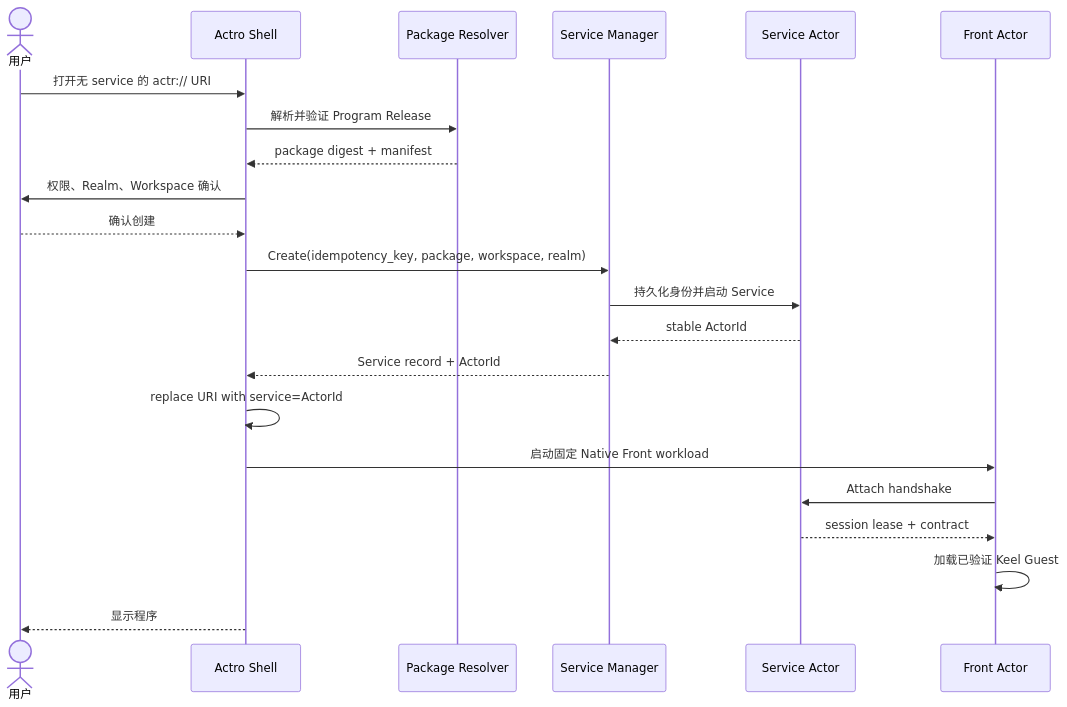
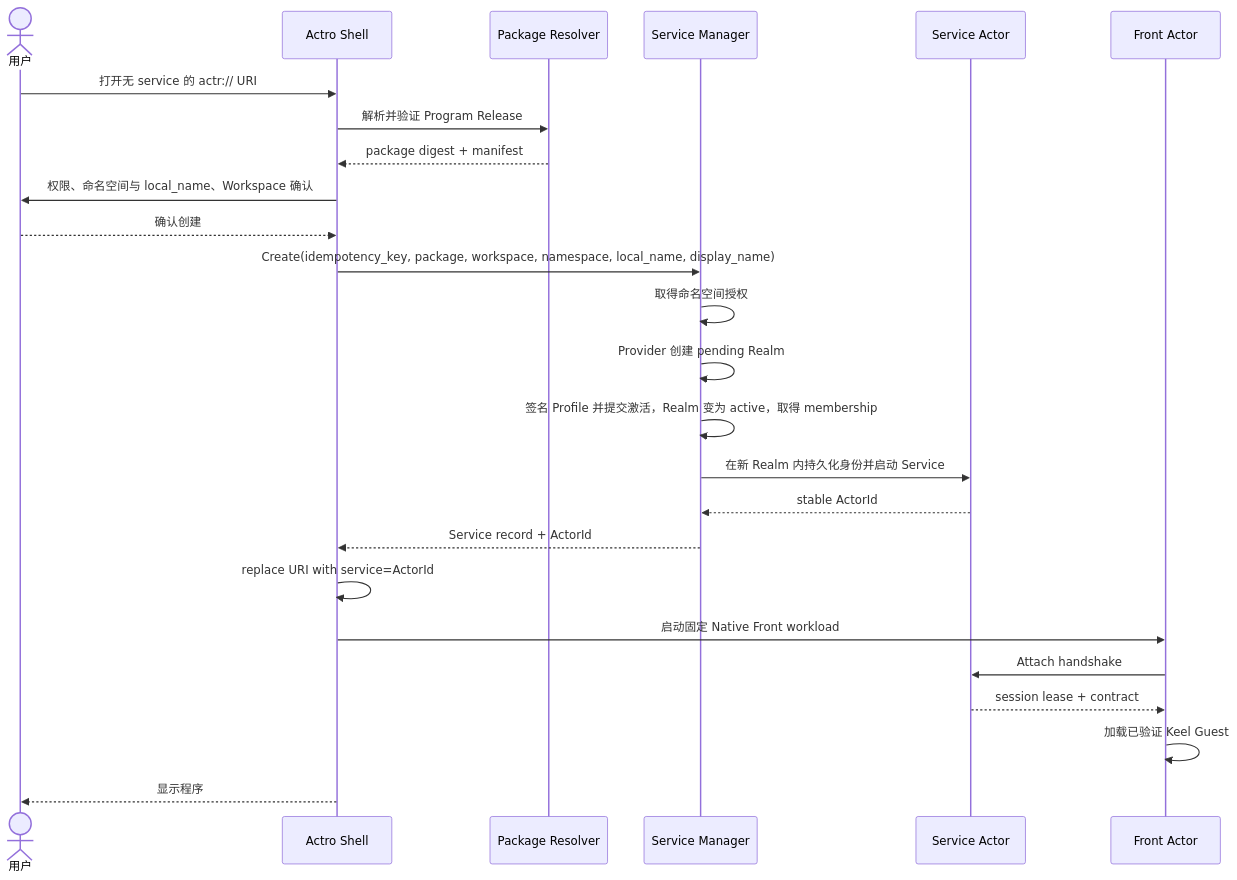
One commit to Actrium/actrium changed the diagram in docs/product/actrium-v1/03-user-experience.zh.md. Above: the diagram before and after it, drawn with Mermaid. The commit also changed other lines of this file and 53 other files, not shown here.

First line of the commit message:
docs: redefine Realm as a per-instance trust domain under a DNS namespace

````diff
--- a/docs/product/actrium-v1/03-user-experience.zh.md
+++ b/docs/product/actrium-v1/03-user-experience.zh.md
@@ -122,25 +122,28 @@
 ```mermaid
 sequenceDiagram
     actor U as 用户
     participant A as Actro Shell
     participant P as Package Resolver
     participant M as Service Manager
     participant S as Service Actor
     participant F as Front Actor
 
     U->>A: 打开无 service 的 actr:// URI
     A->>P: 解析并验证 Program Release
     P-->>A: package digest + manifest
-    A->>U: 权限、Realm、Workspace 确认
+    A->>U: 权限、命名空间与 local_name、Workspace 确认
     U-->>A: 确认创建
-    A->>M: Create(idempotency_key, package, workspace, realm)
-    M->>S: 持久化身份并启动 Service
+    A->>M: Create(idempotency_key, package, workspace, namespace, local_name, display_name)
+    M->>M: 取得命名空间授权
+    M->>M: Provider 创建 pending Realm
+    M->>M: 签名 Profile 并提交激活，Realm 变为 active，取得 membership
+    M->>S: 在新 Realm 内持久化身份并启动 Service
     S-->>M: stable ActorId
     M-->>A: Service record + ActorId
     A->>A: replace URI with service=ActorId
     A->>F: 启动固定 Native Front workload
     F->>S: Attach handshake
     S-->>F: session lease + contract
     F->>F: 加载已验证 Keel Guest
     A-->>U: 显示程序
 ```
````
